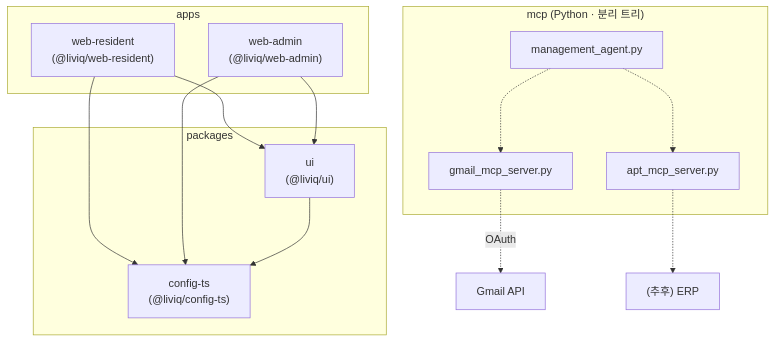
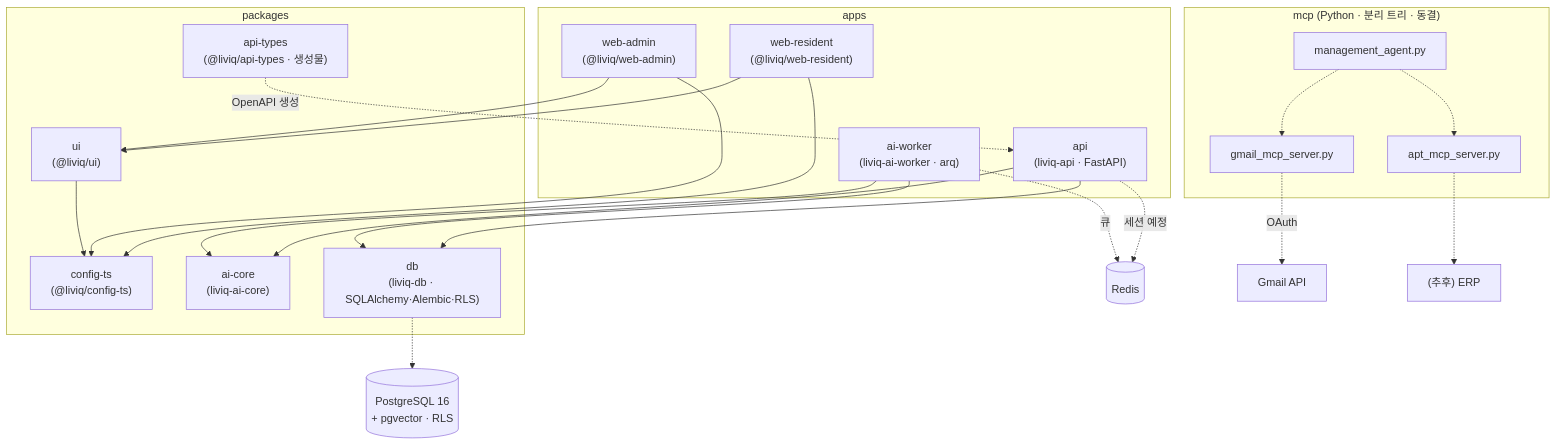
Before and after one commit to romis9724/LIVIQ: the diagram in ARCHITECTURE.md, drawn with Mermaid. The commit also changed other lines of this file and 2 other files, not shown here.

````diff
--- a/ARCHITECTURE.md
+++ b/ARCHITECTURE.md
@@ -13,27 +13,40 @@
 ```mermaid
 graph TD
   subgraph apps
     R["web-resident<br/>(@liviq/web-resident)"]
     A["web-admin<br/>(@liviq/web-admin)"]
+    API["api<br/>(liviq-api · FastAPI)"]
+    W["ai-worker<br/>(liviq-ai-worker · arq)"]
   end
   subgraph packages
     UI["ui<br/>(@liviq/ui)"]
     CFG["config-ts<br/>(@liviq/config-ts)"]
+    APIT["api-types<br/>(@liviq/api-types · 생성물)"]
+    AIC["ai-core<br/>(liviq-ai-core)"]
+    DB["db<br/>(liviq-db · SQLAlchemy·Alembic·RLS)"]
   end
-  subgraph python["mcp (Python · 분리 트리)"]
+  subgraph python["mcp (Python · 분리 트리 · 동결)"]
     MA["management_agent.py"]
     GM["gmail_mcp_server.py"]
     APT["apt_mcp_server.py"]
   end
 
   R --> UI
   A --> UI
   R --> CFG
   A --> CFG
   UI --> CFG
+  APIT -.->|OpenAPI 생성| API
+  API --> AIC
+  API --> DB
+  W --> AIC
+  W --> DB
+  DB -.-> PG[("PostgreSQL 16<br/>+ pgvector · RLS")]
+  API -.->|세션 예정| REDIS[("Redis")]
+  W -.->|큐| REDIS
 
   MA -.-> GM
   MA -.-> APT
   GM -.->|OAuth| EXT["Gmail API"]
   APT -.-> ERP["(추후) ERP"]
 ```
````
